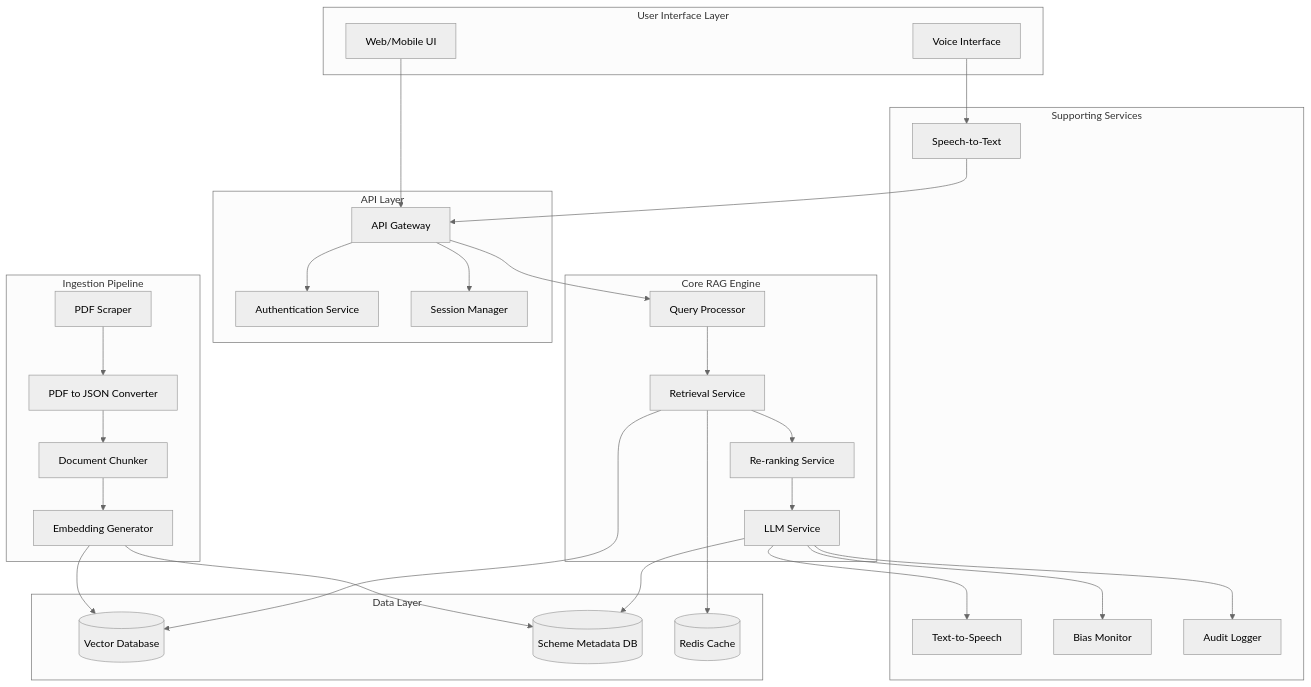
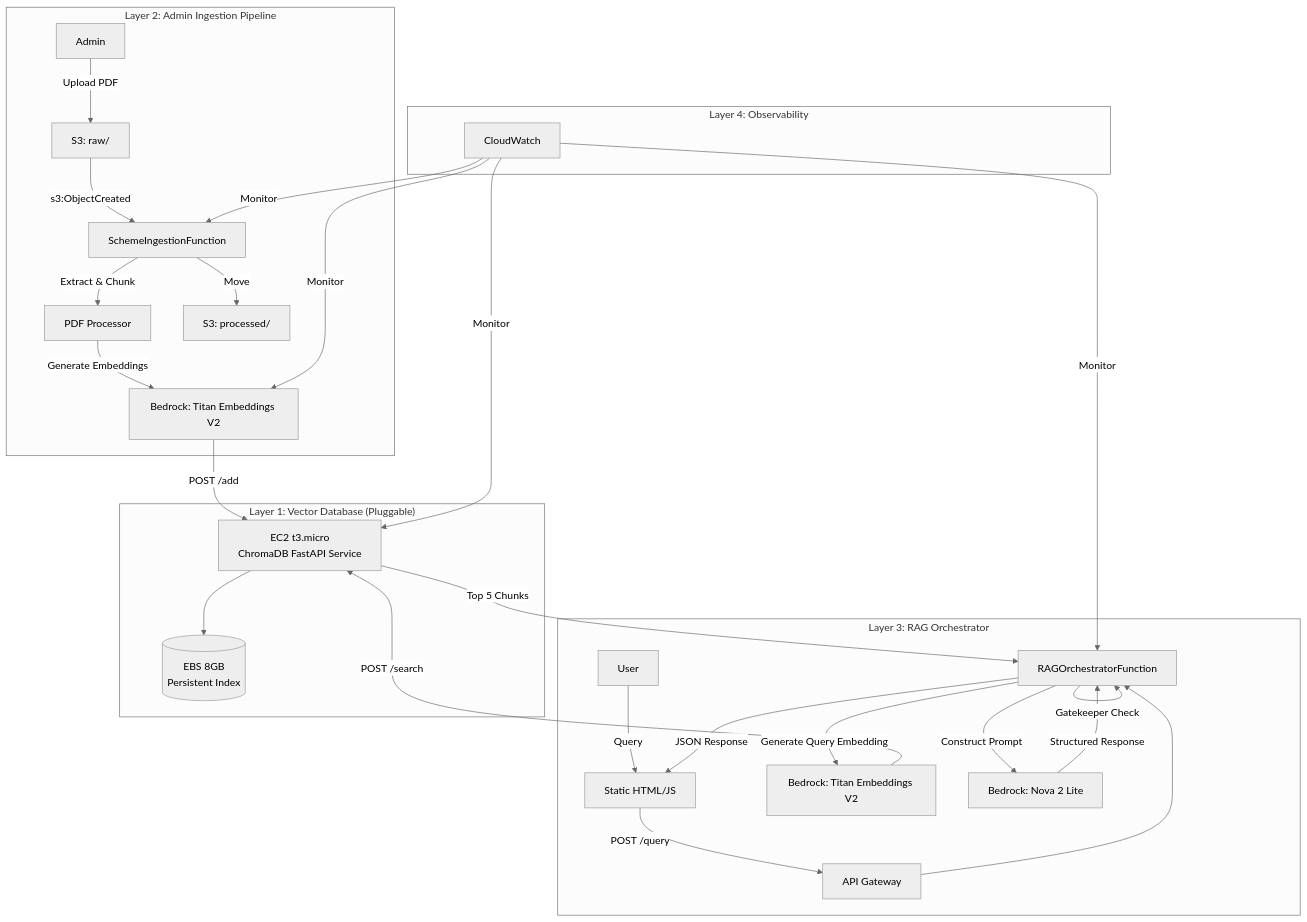
The first of 6 diagrams in design.md (RishiYogi/ai-for-bharat-multilingual-scheme-assistant), drawn with Mermaid (neutral theme) before and after one commit. The commit also changed other lines of this file and 5 other files, not shown here.

````diff
--- a/design.md
+++ b/design.md
@@ -28,62 +85,38 @@
 ```mermaid
 graph TB
-    subgraph "User Interface Layer"
-        UI[Web/Mobile UI]
-        Voice[Voice Interface]
+    subgraph "Layer 1: Vector Database (Pluggable)"
+        EC2[EC2 t3.micro<br/>ChromaDB FastAPI Service]
+        EBS[(EBS 8GB<br/>Persistent Index)]
+        EC2 --> EBS
     end
     
-    subgraph "API Layer"
-        Gateway[API Gateway]
-        Auth[Authentication Service]
-        Session[Session Manager]
+    subgraph "Layer 2: Admin Ingestion Pipeline"
+        Admin[Admin] -->|Upload PDF| S3Raw[S3: raw/]
+        S3Raw -->|s3:ObjectCreated| IngestionLambda[SchemeIngestionFunction]
+        IngestionLambda -->|Extract & Chunk| PDFProcessor[PDF Processor]
+        PDFProcessor -->|Generate Embeddings| Bedrock1[Bedrock: Titan Embeddings V2]
+        Bedrock1 -->|POST /add| EC2
+        IngestionLambda -->|Move| S3Processed[S3: processed/]
     end
     
-    subgraph "Core RAG Engine"
-        Query[Query Processor]
-        Retrieval[Retrieval Service]
-        Rerank[Re-ranking Service]
-        LLM[LLM Service]
+    subgraph "Layer 3: RAG Orchestrator"
+        User[User] -->|Query| Frontend[Static HTML/JS]
+        Frontend -->|POST /query| APIGateway[API Gateway]
+        APIGateway --> RAGLambda[RAGOrchestratorFunction]
+        RAGLambda -->|Generate Query Embedding| Bedrock2[Bedrock: Titan Embeddings V2]
+        Bedrock2 -->|POST /search| EC2
+        EC2 -->|Top 5 Chunks| RAGLambda
+        RAGLambda -->|Gatekeeper Check| RAGLambda
+        RAGLambda -->|Construct Prompt| Bedrock3[Bedrock: Nova 2 Lite]
+        Bedrock3 -->|Structured Response| RAGLambda
+        RAGLambda -->|JSON Response| Frontend
     end
     
-    subgraph "Data Layer"
-        VectorDB[(Vector Database)]
-        SchemeDB[(Scheme Metadata DB)]
-        Cache[(Redis Cache)]
+    subgraph "Layer 4: Observability"
+        CloudWatch[CloudWatch]
+        CloudWatch -->|Monitor| IngestionLambda
+        CloudWatch -->|Monitor| RAGLambda
+        CloudWatch -->|Monitor| EC2
+        CloudWatch -->|Monitor| Bedrock1
     end
-    
-    subgraph "Ingestion Pipeline"
-        Scraper[PDF Scraper]
-        Converter[PDF to JSON Converter]
-        Chunker[Document Chunker]
-        Embedder[Embedding Generator]
-    end
-    
-    subgraph "Supporting Services"
-        STT[Speech-to-Text]
-        TTS[Text-to-Speech]
-        Monitor[Bias Monitor]
-        Audit[Audit Logger]
-    end
-    
-    UI --> Gateway
-    Voice --> STT
-    STT --> Gateway
-    Gateway --> Auth
-    Gateway --> Session
-    Gateway --> Query
-    Query --> Retrieval
-    Retrieval --> VectorDB
-    Retrieval --> Cache
-    Retrieval --> Rerank
-    Rerank --> LLM
-    LLM --> SchemeDB
-    LLM --> TTS
-    LLM --> Monitor
-    LLM --> Audit
-    
-    Scraper --> Converter
-    Converter --> Chunker
-    Chunker --> Embedder
-    Embedder --> VectorDB
-    Embedder --> SchemeDB
 ```
````
